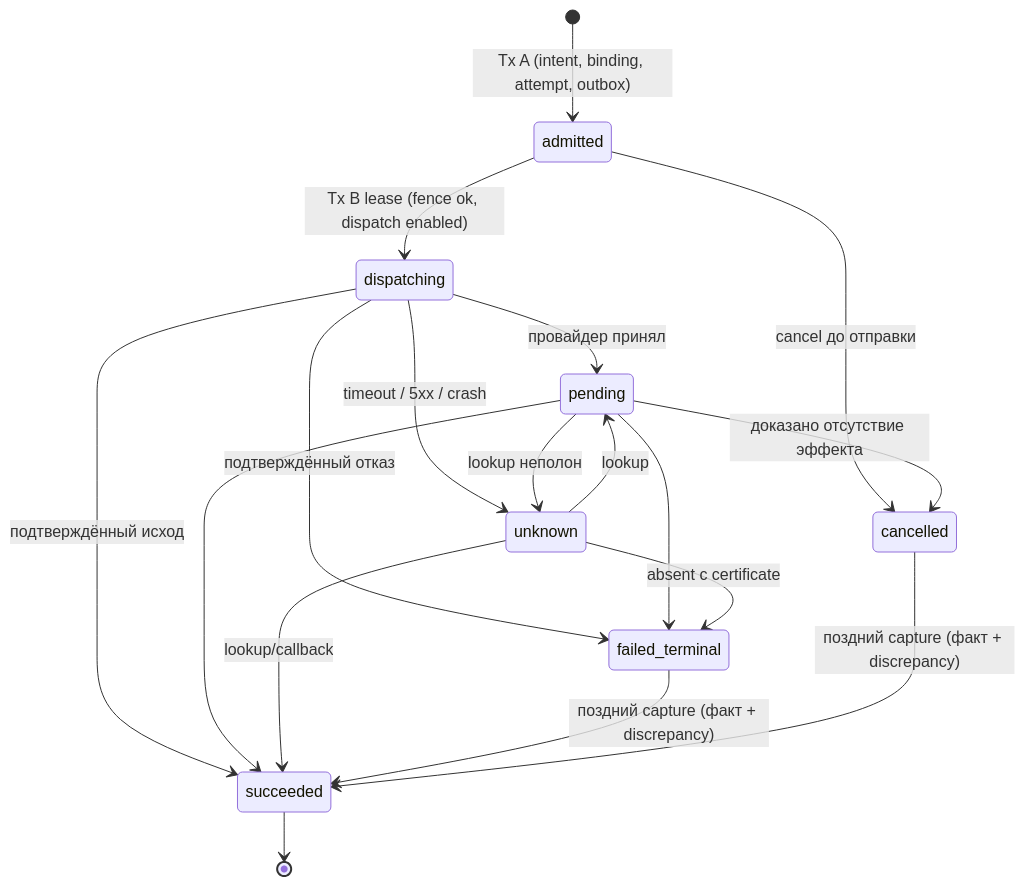
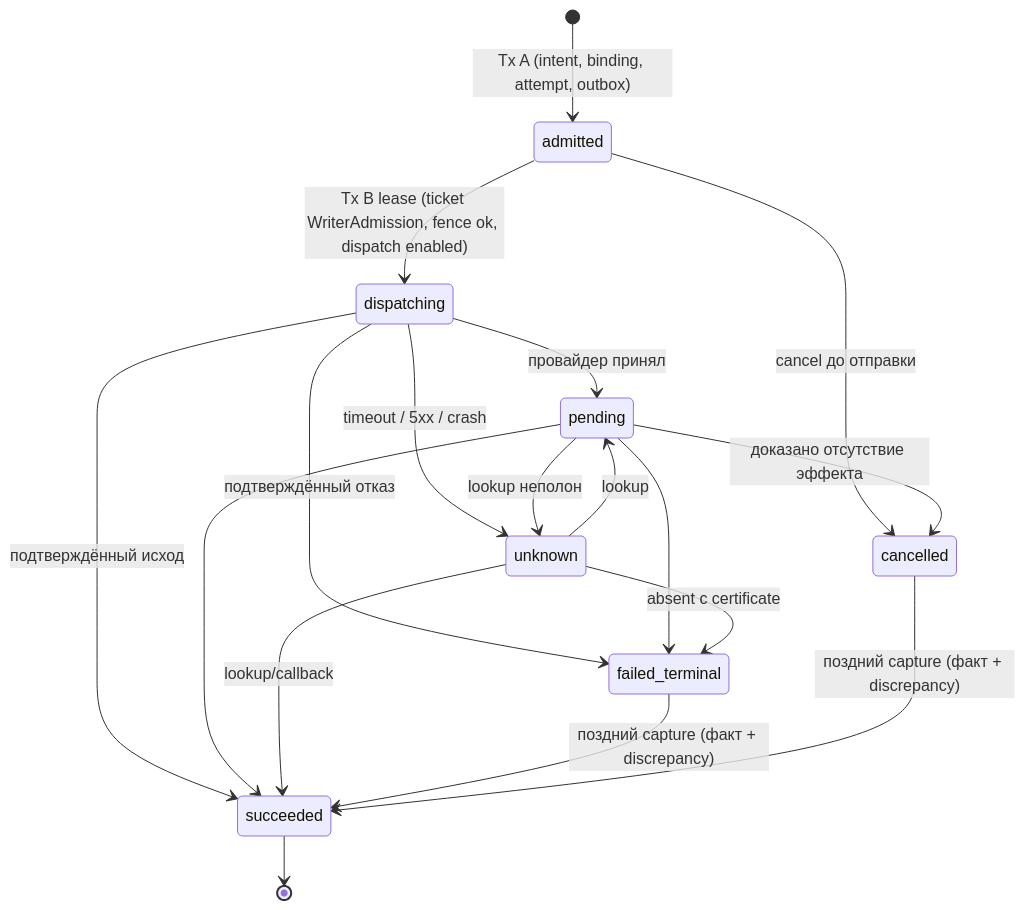
One commit to axiomasoft/billium changed the second of 3 diagrams in docs/architecture/data-model.md. Above: the diagram before and after it, drawn with Mermaid. The commit also changed other lines of this file and 11 other files, not shown here.

````diff
--- a/docs/architecture/data-model.md
+++ b/docs/architecture/data-model.md
@@ -157,20 +158,20 @@
 ```mermaid
 stateDiagram-v2
   [*] --> admitted: Tx A (intent, binding, attempt, outbox)
-  admitted --> dispatching: Tx B lease (fence ok, dispatch enabled)
+  admitted --> dispatching: Tx B lease (ticket WriterAdmission, fence ok, dispatch enabled)
   admitted --> cancelled: cancel до отправки
   dispatching --> pending: провайдер принял
   dispatching --> unknown: timeout / 5xx / crash
   dispatching --> succeeded: подтверждённый исход
   dispatching --> failed_terminal: подтверждённый отказ
   pending --> succeeded
   pending --> failed_terminal
   pending --> unknown: lookup неполон
   unknown --> pending: lookup
   unknown --> succeeded: lookup/callback
   unknown --> failed_terminal: absent с certificate
   pending --> cancelled: доказано отсутствие эффекта
   failed_terminal --> succeeded: поздний capture (факт + discrepancy)
   cancelled --> succeeded: поздний capture (факт + discrepancy)
   succeeded --> [*]
 ```
````
